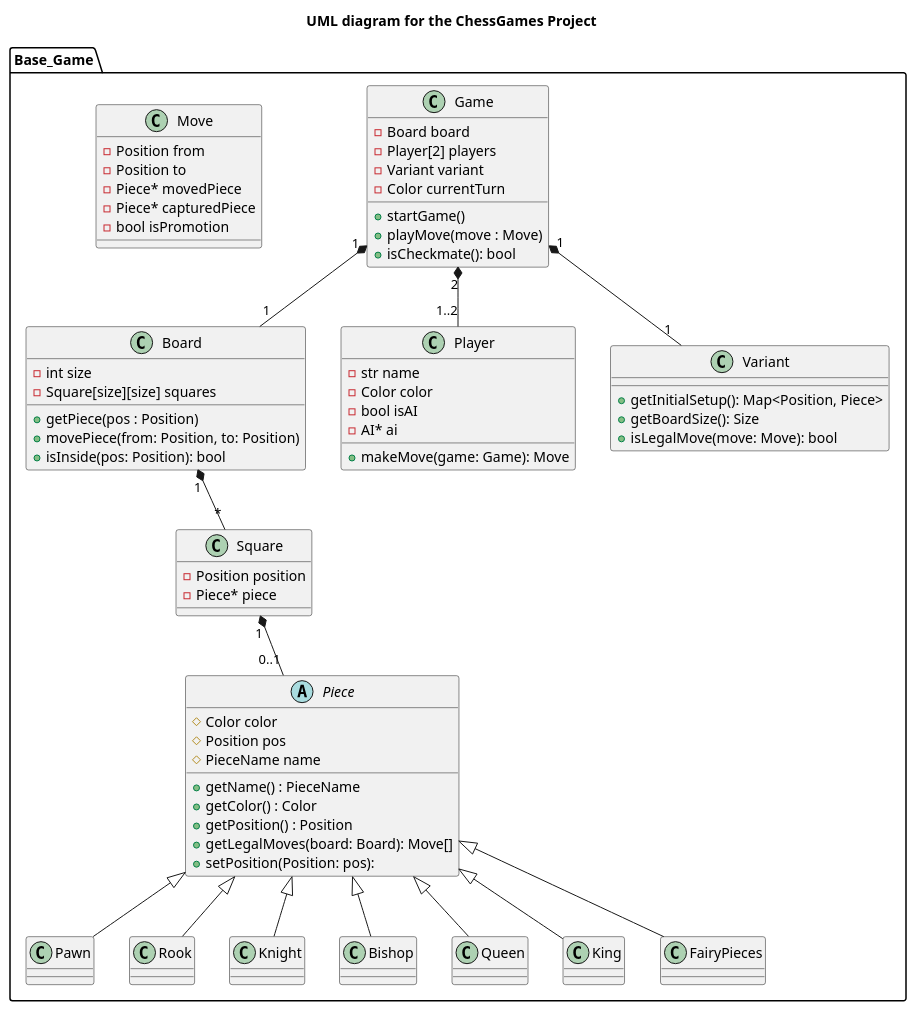
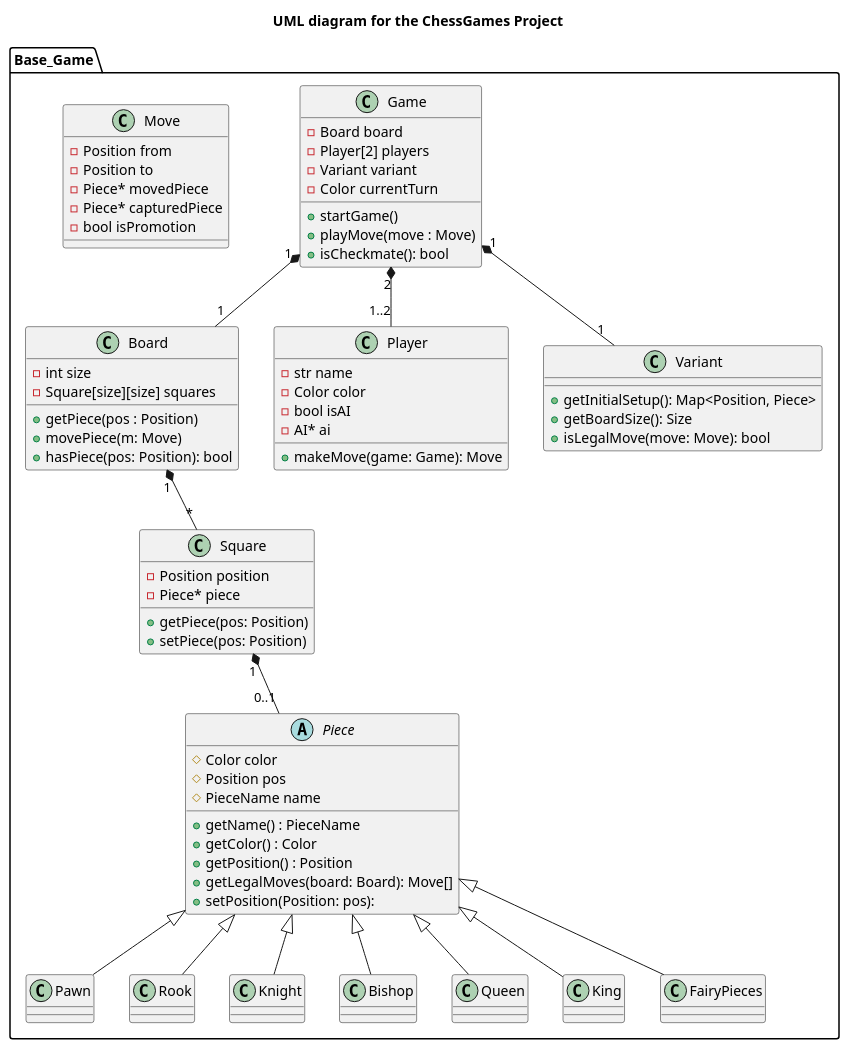
One commit to Paularoiide/Projet-TDLOG-ChessGame changed the diagram in ChessGame_UML.puml. Above: the diagram before and after it, drawn with PlantUML. The commit also changed 293 other files, not shown here.

```diff
--- a/ChessGame_UML.puml
+++ b/ChessGame_UML.puml
@@ -1,84 +1,86 @@
-@startuml
+@startuml ChessGames_UML
 title UML diagram for the ChessGames Project
 
 package "Base_Game" {
 class Game{
 - Board board
 - Player[2] players
 - Variant variant
 - Color currentTurn
 
 +startGame()
 +playMove(move : Move)
 +isCheckmate(): bool
 }
 
 class Board{
 - int size
 - Square[size][size] squares
 + getPiece(pos : Position)
-+ movePiece(from: Position, to: Position)
-+ isInside(pos: Position): bool
++ movePiece(m: Move)
++ hasPiece(pos: Position): bool
 }
 
 class Square{
 - Position position
 - Piece* piece
++ getPiece(pos: Position)
++ setPiece(pos: Position)
 }
 
 abstract class Piece {
     # Color color
     # Position pos
     # PieceName name
     + getName() : PieceName
     + getColor() : Color
     + getPosition() : Position
     + getLegalMoves(board: Board): Move[]
     + setPosition(Position: pos):
   }
 
 class Pawn
 class Rook
 class Knight
 class Bishop
 class Queen
 class King
 class FairyPieces
 
 Piece <|-- Pawn
 Piece <|-- Rook
 Piece <|-- Knight
 Piece <|-- Bishop
 Piece <|-- Queen
 Piece <|-- King
 Piece <|-- FairyPieces
 
   class Move {
     - Position from
     - Position to
     - Piece* movedPiece
     - Piece* capturedPiece
     - bool isPromotion
   }
 
   class Player {
     - str name
     - Color color
     - bool isAI
     - AI* ai
     + makeMove(game: Game): Move
   }
 
   class Variant {
     + getInitialSetup(): Map<Position, Piece>
     + getBoardSize(): Size
     + isLegalMove(move: Move): bool
   }
 
   Game "1" *-- "1" Board
   Game "2" *-- "1..2" Player
   Game "1" *-- "1" Variant
   Board "1" *-- "*" Square
   Square "1" *-- "0..1" Piece
 }
 @enduml
```
